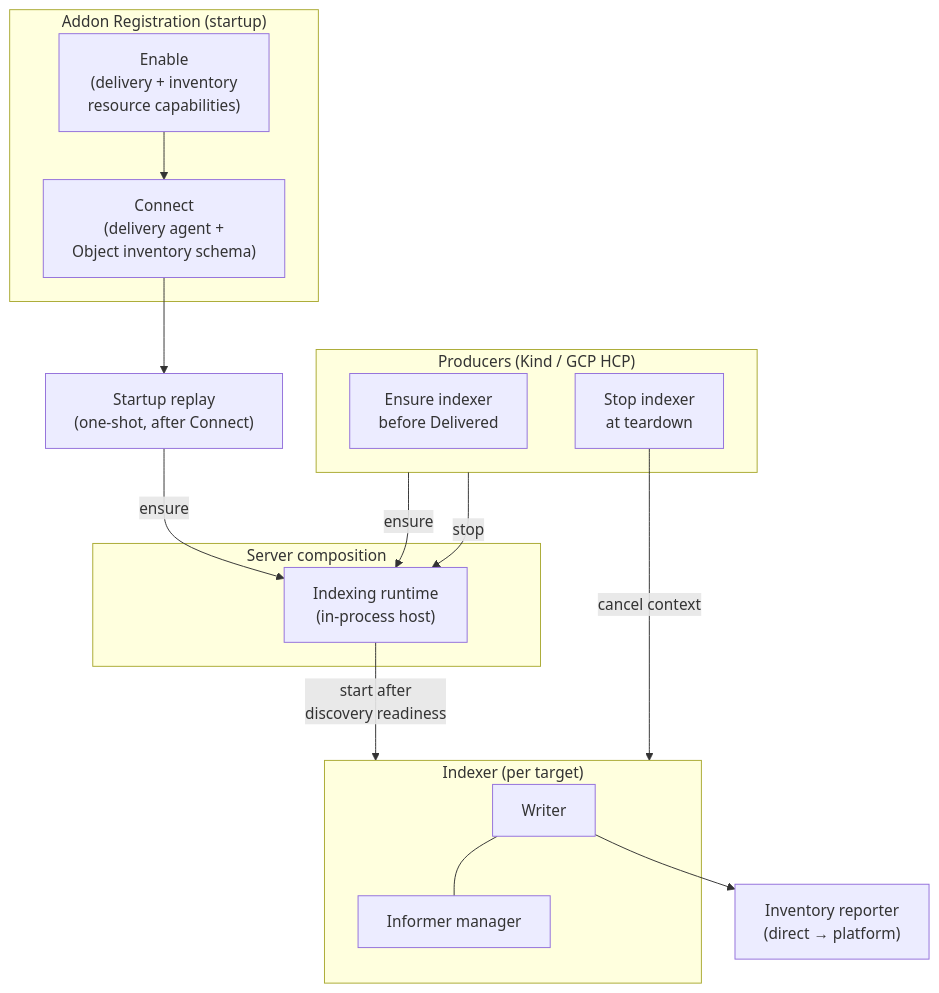
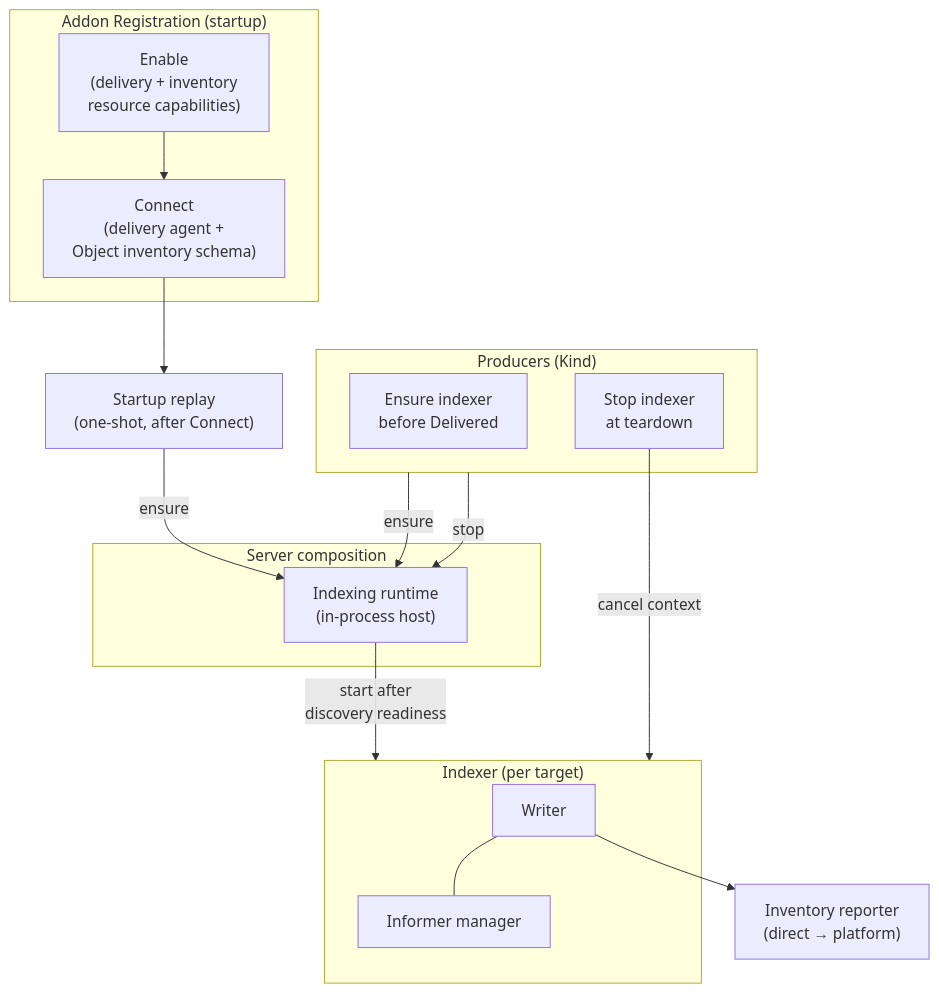
The fourth of 4 diagrams in docs/design/addons/kubernetes-inventory-and-delivery-diagrams.md (fleetshift/fleetshift-poc), drawn with Mermaid before and after one commit. The commit also changed other lines of this file and 299 other files, not shown here.

````diff
--- a/docs/design/addons/kubernetes-inventory-and-delivery-diagrams.md
+++ b/docs/design/addons/kubernetes-inventory-and-delivery-diagrams.md
@@ -142,35 +142,35 @@
 ```mermaid
 flowchart TD
     subgraph startup["Addon Registration (startup)"]
         enable["Enable\n(delivery + inventory\nresource capabilities)"]
         connect["Connect\n(delivery agent +\nObject inventory schema)"]
         enable --> connect
     end
 
     subgraph compose["Server composition"]
         host["Indexing runtime\n(in-process host)"]
     end
 
     replay["Startup replay\n(one-shot, after Connect)"]
 
-    subgraph producers["Producers (Kind / GCP HCP)"]
+    subgraph producers["Producers (Kind)"]
         ensure["Ensure indexer\nbefore Delivered"]
         stop["Stop indexer\nat teardown"]
     end
 
     subgraph agent["Indexer (per target)"]
         writer["Writer"]
         informers["Informer manager"]
         writer --- informers
     end
 
     reporter["Inventory reporter\n(direct → platform)"]
 
     connect --> replay
     producers -->|"ensure"| host
     producers -->|"stop"| host
     replay -->|"ensure"| host
     host -->|"start after\ndiscovery readiness"| agent
     writer --> reporter
     stop -->|"cancel context"| agent
 ```
````
